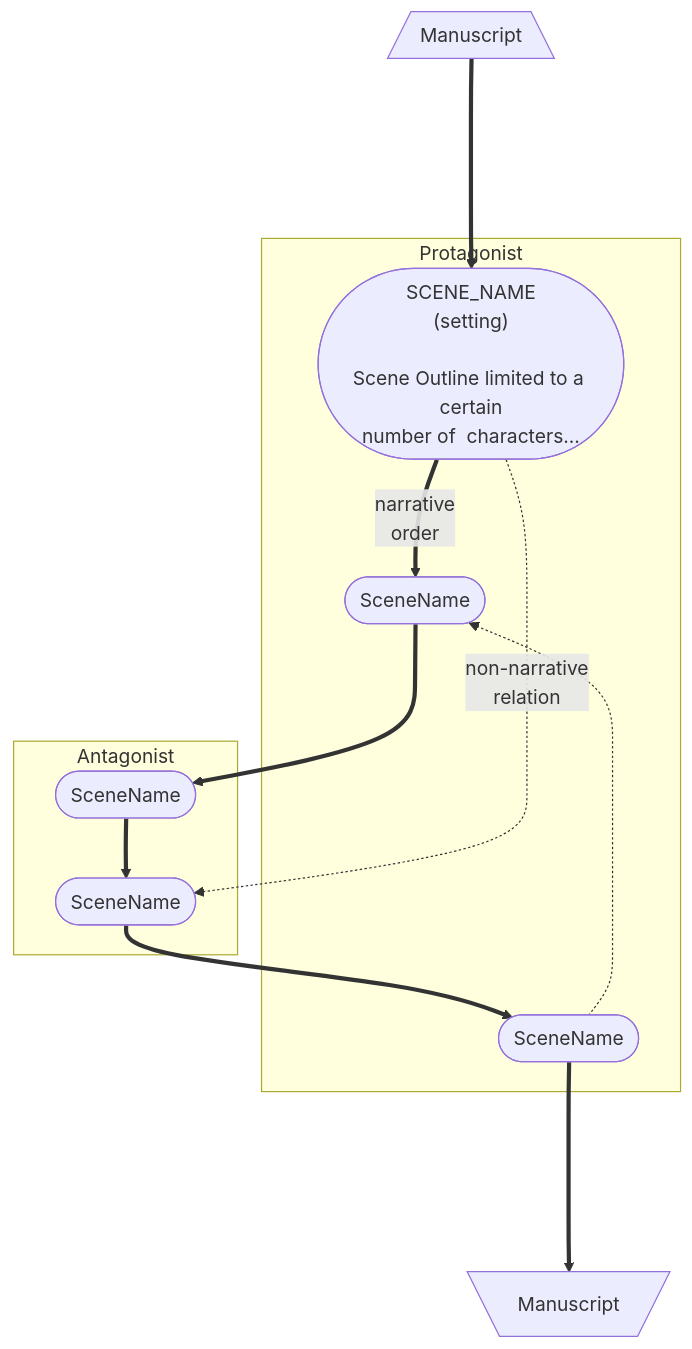
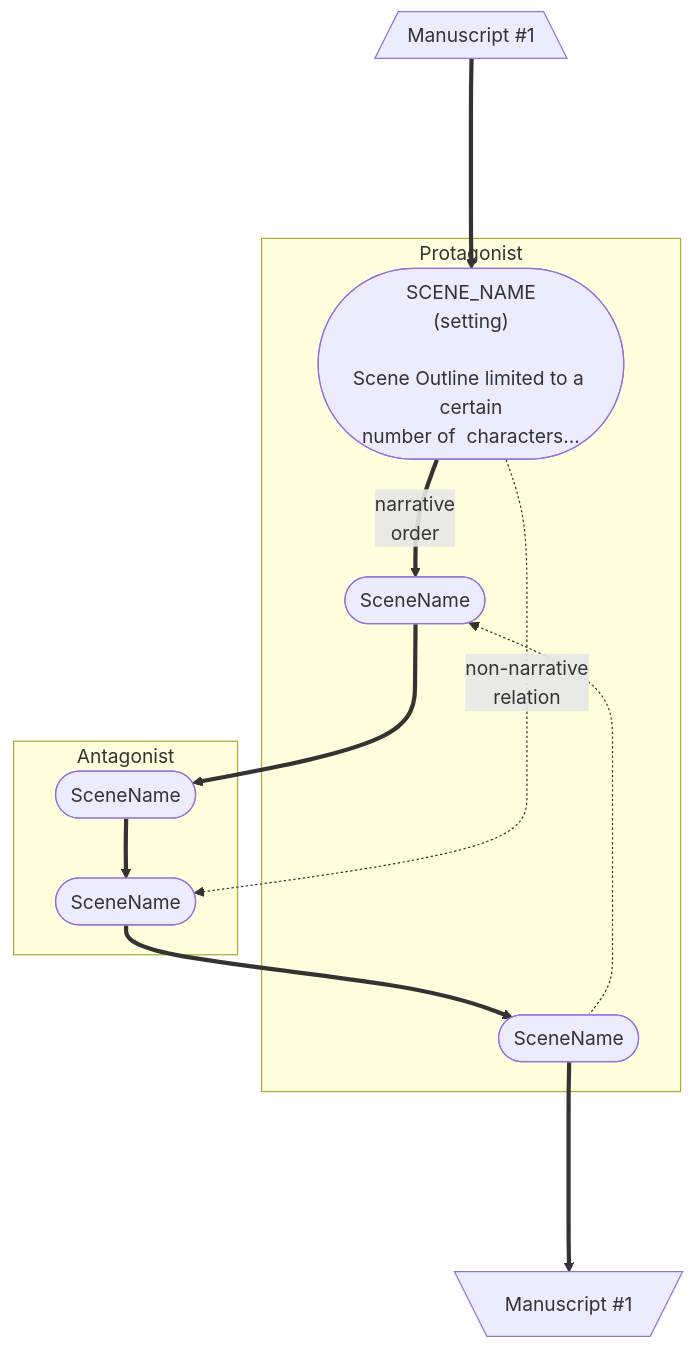
One commit to MLAOPDX/monkeytale changed the diagram in README.md. Above: the diagram before and after it, drawn with Mermaid.

Commit message:
docs(README): Update scene graph requirements

````diff
--- a/README.md
+++ b/README.md
@@ -46,25 +46,25 @@
 ```mermaid
 flowchart TB
-    BEGIN[/"Manuscript"\]
-    END[\Manuscript/]
+    BEGIN[/"Manuscript #1"\]
+    END[\Manuscript #1/]
 
     subgraph PoV1 [Protagonist]
         SN2(["SCENE_NAME\n(setting)\n\nScene Outline limited to a certain\nnumber of  characters..."])
         SN3([SceneName])
         SN8([SceneName])
     end
 
     subgraph PoV2 [Antagonist]
         SN4([SceneName])
         SN6([SceneName])
     end
 
     BEGIN ====> SN2
     
     SN2 ==narrative\norder==> SN3 ==> SN4 ==> SN6 ==> SN8
 
     SN8 ====> END
     
     SN2 -.non-narrative\nrelation.-> SN6
     SN8 -.-> SN3
 ```
````
